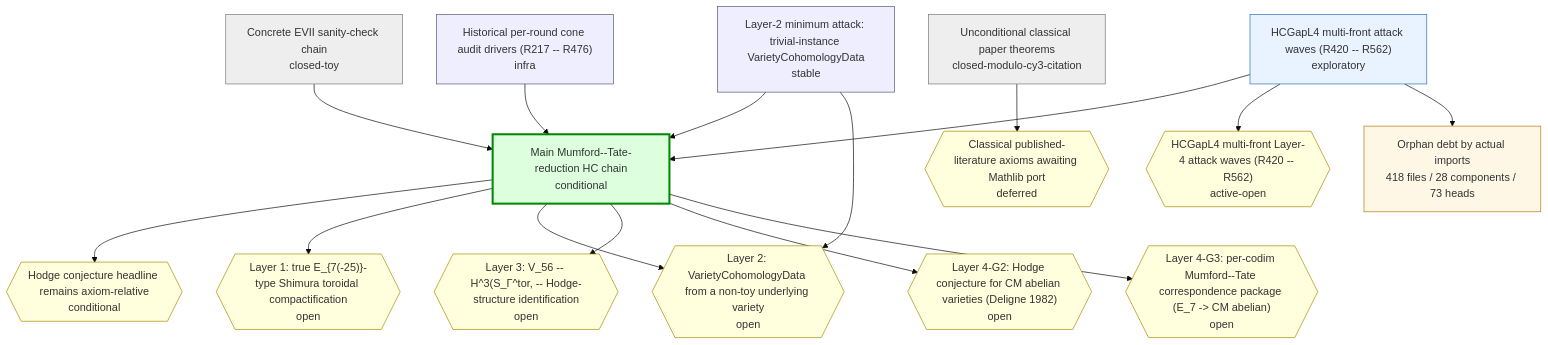
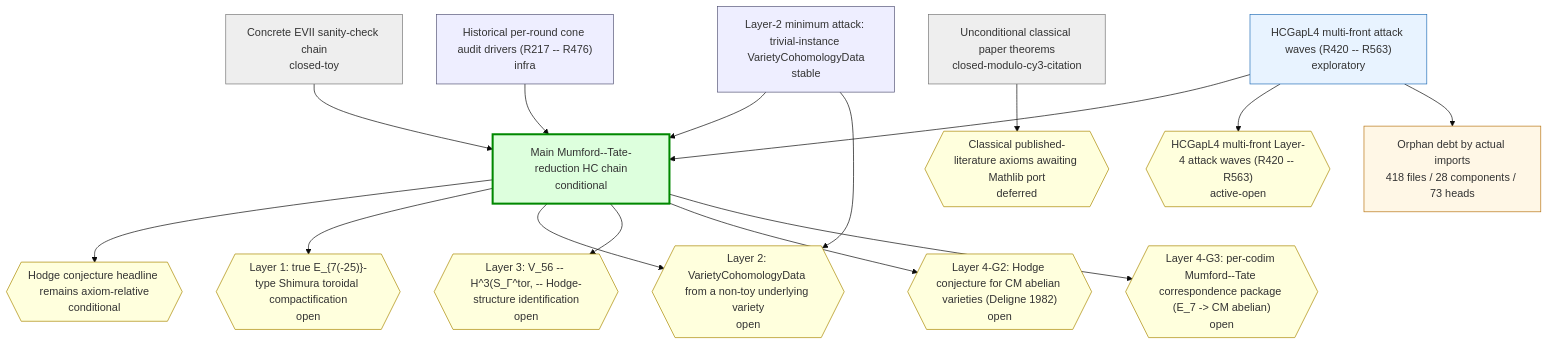
The first of 2 diagrams in chain-status/research-map.md (crabsatellite/hodge-conjecture-lean4-formalization), drawn with Mermaid (base theme) before and after one commit. The commit also changed other lines of this file and 7 other files, not shown here.

````diff
--- a/chain-status/research-map.md
+++ b/chain-status/research-map.md
@@ -45,44 +45,44 @@
 ```mermaid
 graph TD
   classDef main fill:#dfd,stroke:#080,stroke-width:3px
   classDef active fill:#e8f3ff,stroke:#2670b8
   classDef support fill:#eef,stroke:#557
   classDef closed fill:#eee,stroke:#777
   classDef dead fill:#fdd,stroke:#a00,stroke-width:2px
   classDef gapOpen fill:#ffd,stroke:#a80
   classDef gapClosed fill:#eee,stroke:#777
   classDef gapDead fill:#fdd,stroke:#a00
   classDef debt fill:#fff7e6,stroke:#b87514
   classDef debtTaxonomy fill:#e8f3ff,stroke:#2670b8,stroke-dasharray:3 3
   classDef debtRule fill:#eefbea,stroke:#398439,stroke-dasharray:3 3
   classDef debtDead fill:#fdd,stroke:#a00,stroke-dasharray:3 3
   chain_main_hc_axiom_relative["Main Mumford--Tate-reduction HC chain\nconditional"]:::main
   chain_unconditional_classical["Unconditional classical paper theorems\nclosed-modulo-cy3-citation"]:::closed
   chain_hcgap_l2_trivial_instances["Layer-2 minimum attack: trivial-instance VarietyCohomologyData\nstable"]:::support
-  chain_hcgap_l4_multifront_active["HCGapL4 multi-front attack waves (R420 -- R562)\nexploratory"]:::active
+  chain_hcgap_l4_multifront_active["HCGapL4 multi-front attack waves (R420 -- R563)\nexploratory"]:::active
   chain_concrete_evii_toy["Concrete EVII sanity-check chain\nclosed-toy"]:::closed
   chain_historical_cone_audits["Historical per-round cone audit drivers (R217 -- R476)\ninfra"]:::support
   gap_G_main_hc{{"Hodge conjecture headline remains axiom-relative\nconditional"}}:::gapOpen
   gap_G_l1_e7_shimura_tor{{"Layer 1: true E_{7(-25)}-type Shimura toroidal compactification\nopen"}}:::gapOpen
   gap_G_l2_cohomology_construction{{"Layer 2: VarietyCohomologyData from a non-toy underlying variety\nopen"}}:::gapOpen
   gap_G_l3_v56_mt_identification{{"Layer 3: V_56 -- H^3(S_Γ^tor, -- Hodge-structure identification\nopen"}}:::gapOpen
   gap_G_l4_cm_abelian_hc{{"Layer 4-G2: Hodge conjecture for CM abelian varieties (Deligne 1982)\nopen"}}:::gapOpen
   gap_G_l4_mt_correspondence{{"Layer 4-G3: per-codim Mumford--Tate correspondence package (E_7 -> CM abelian)\nopen"}}:::gapOpen
   gap_G_classical_mathlib_port{{"Classical published-literature axioms awaiting Mathlib port\ndeferred"}}:::gapOpen
-  gap_G_hcgap_l4_multifront{{"HCGapL4 multi-front Layer-4 attack waves (R420 -- R562)\nactive-open"}}:::gapOpen
+  gap_G_hcgap_l4_multifront{{"HCGapL4 multi-front Layer-4 attack waves (R420 -- R563)\nactive-open"}}:::gapOpen
   chain_main_hc_axiom_relative --> gap_G_main_hc
   chain_main_hc_axiom_relative --> gap_G_l1_e7_shimura_tor
   chain_main_hc_axiom_relative --> gap_G_l2_cohomology_construction
   chain_main_hc_axiom_relative --> gap_G_l3_v56_mt_identification
   chain_main_hc_axiom_relative --> gap_G_l4_cm_abelian_hc
   chain_main_hc_axiom_relative --> gap_G_l4_mt_correspondence
   chain_unconditional_classical --> gap_G_classical_mathlib_port
   chain_hcgap_l2_trivial_instances --> chain_main_hc_axiom_relative
   chain_hcgap_l2_trivial_instances --> gap_G_l2_cohomology_construction
   chain_hcgap_l4_multifront_active --> chain_main_hc_axiom_relative
   chain_hcgap_l4_multifront_active --> gap_G_hcgap_l4_multifront
   chain_concrete_evii_toy --> chain_main_hc_axiom_relative
   chain_historical_cone_audits --> chain_main_hc_axiom_relative
   debt_all["Orphan debt by actual imports\n418 files / 28 components / 73 heads"]:::debt
   chain_hcgap_l4_multifront_active --> debt_all
 ```
````
